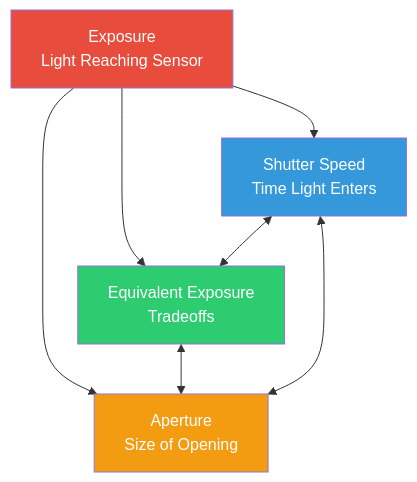
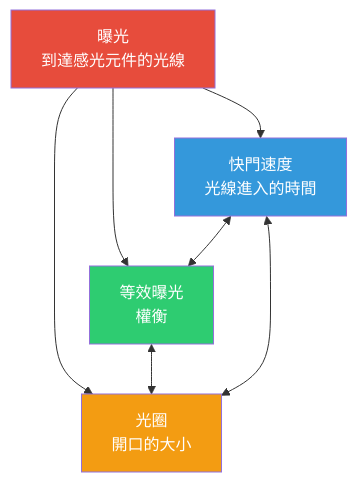
One commit to zoozooll/AndroidCameraParameters changed the diagram in website/i18n/zh-Hant/docusaurus-plugin-content-docs/current/camera2/exposure.md. Above: the diagram before and after it, drawn with Mermaid. The commit also changed other lines of this file and 378 other files, not shown here.

````diff
--- a/website/i18n/zh-Hant/docusaurus-plugin-content-docs/current/camera2/exposure.md
+++ b/website/i18n/zh-Hant/docusaurus-plugin-content-docs/current/camera2/exposure.md
@@ -14,13 +14,13 @@
 ```mermaid
 graph TD
-    A[Exposure<br/>Light Reaching Sensor] --> B[Shutter Speed<br/>Time Light Enters]
-    A --> C[ISO<br/>Sensor Sensitivity]
-    A --> D[Aperture<br/>Size of Opening]
-    B <--> C[Equivalent Exposure<br/>Tradeoffs]
+    A["曝光<br/>到達感光元件的光線"] --> B["快門速度<br/>光線進入的時間"]
+    A --> C[ISO<br/>感光元件靈敏度]
+    A --> D[光圈<br/>開口的大小]
+    B <--> C[等效曝光<br/>權衡]
     C <--> D
     B <--> D
     style A fill:#e74c3c,color:#fff
     style B fill:#3498db,color:#fff
     style C fill:#2ecc71,color:#fff
     style D fill:#f39c12,color:#fff
 ```
````
